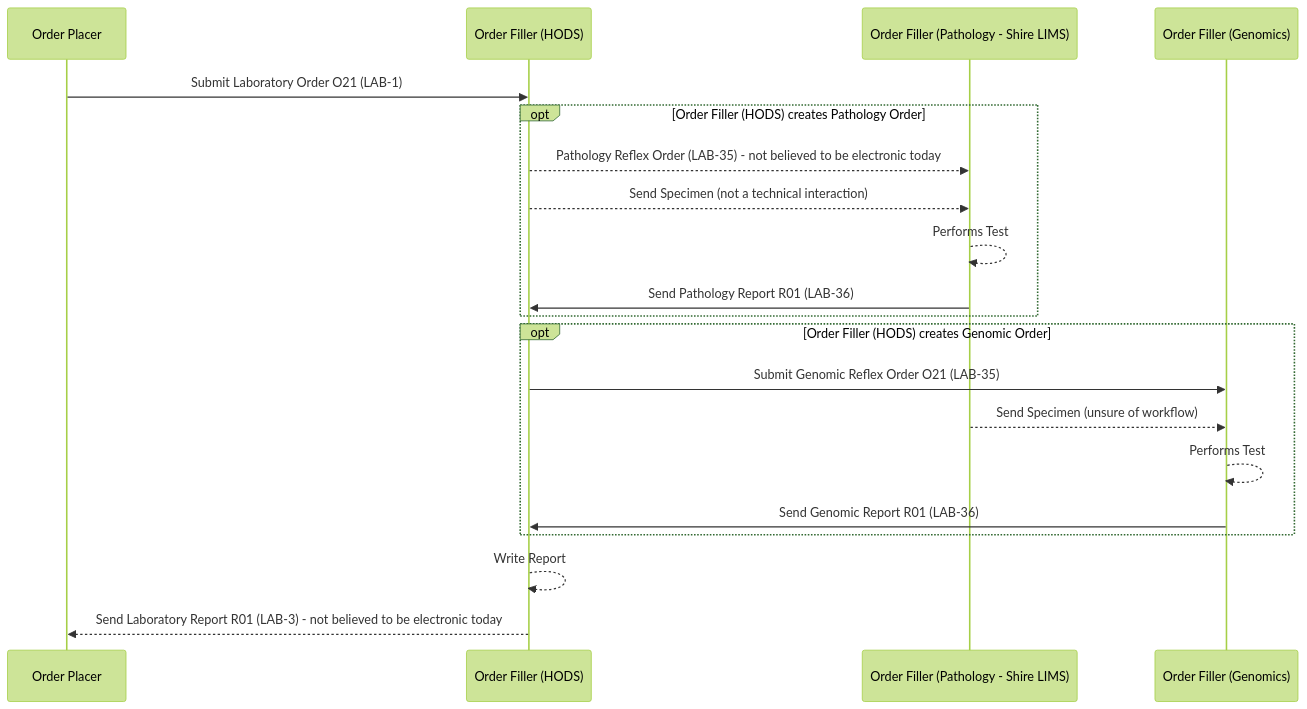
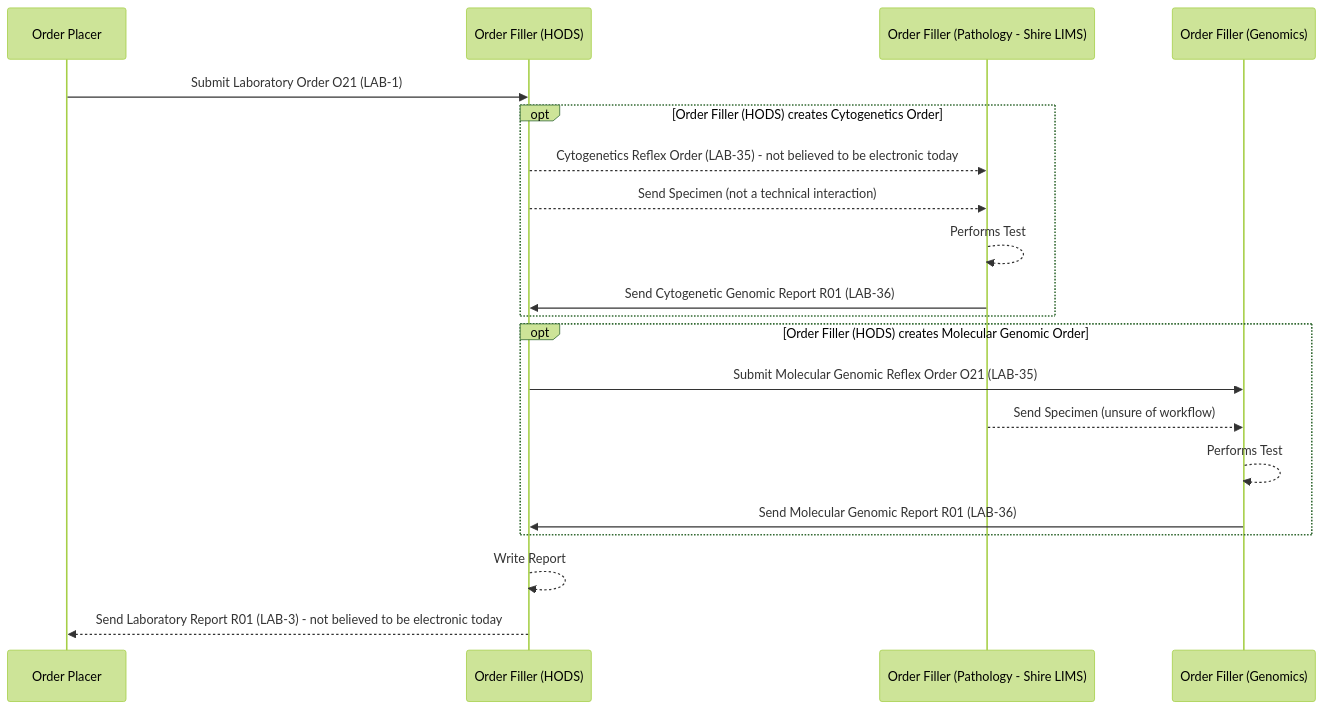
Before and after one commit to nw-gmsa/nw-gmsa.github.com: the second of 2 diagrams in input/pagecontent/HaematoOncologyPathway.md, drawn with Mermaid (forest theme). The commit also changed other lines of this file, not shown here.

First line of the commit message:
Correct Shire->HODS LAB-36 as a Cytogenetic Genomic Report

````diff
--- a/input/pagecontent/HaematoOncologyPathway.md
+++ b/input/pagecontent/HaematoOncologyPathway.md
@@ -99,32 +101,32 @@
 ```mermaid
 sequenceDiagram
 
 
 participant EPR as Order Placer
 participant LIMS as Order Filler (HODS)
 participant LIMSP as Order Filler (Pathology - Shire LIMS)
 participant LIMSG as Order Filler (Genomics)
 
 
 EPR ->> LIMS: Submit Laboratory Order O21 (LAB-1)
 
-opt Order Filler (HODS) creates Pathology Order
+opt Order Filler (HODS) creates Cytogenetics Order
 
 
-    LIMS -->> LIMSP: Pathology Reflex Order (LAB-35) - not believed to be electronic today
+    LIMS -->> LIMSP: Cytogenetics Reflex Order (LAB-35) - not believed to be electronic today
     LIMS -->> LIMSP: Send Specimen (not a technical interaction)
     LIMSP -->> LIMSP : Performs Test
-    LIMSP ->> LIMS: Send Pathology Report R01 (LAB-36)
+    LIMSP ->> LIMS: Send Cytogenetic Genomic Report R01 (LAB-36)
 end
 
-opt Order Filler (HODS) creates Genomic Order
+opt Order Filler (HODS) creates Molecular Genomic Order
 
    
-    LIMS ->> LIMSG: Submit Genomic Reflex Order O21 (LAB-35)
+    LIMS ->> LIMSG: Submit Molecular Genomic Reflex Order O21 (LAB-35)
     LIMSP -->> LIMSG: Send Specimen (unsure of workflow)
     LIMSG -->> LIMSG : Performs Test
-    LIMSG ->> LIMS: Send Genomic Report R01 (LAB-36)
+    LIMSG ->> LIMS: Send Molecular Genomic Report R01 (LAB-36)
 end
 LIMS -->> LIMS: Write Report
 LIMS -->> EPR: Send Laboratory Report R01 (LAB-3) - not believed to be electronic today
 ```
````
